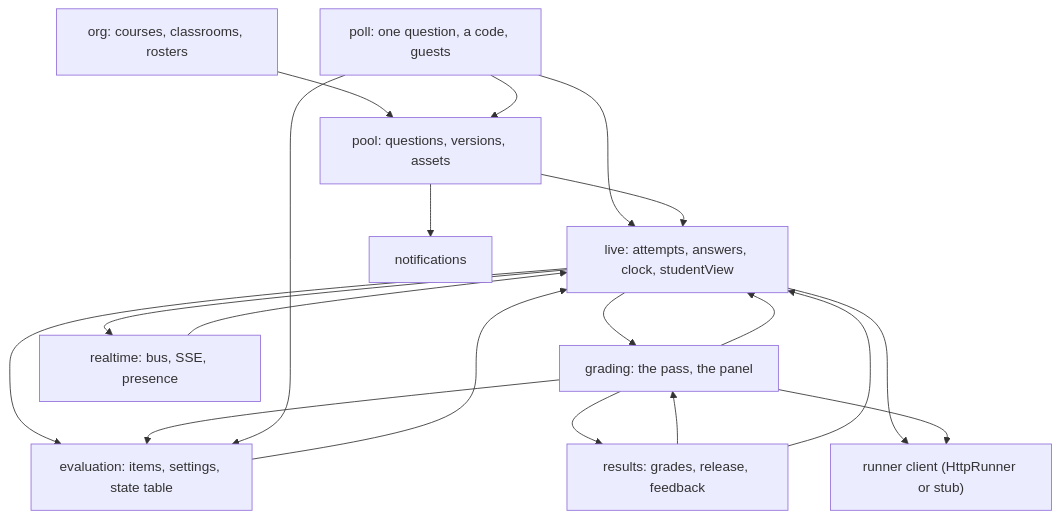
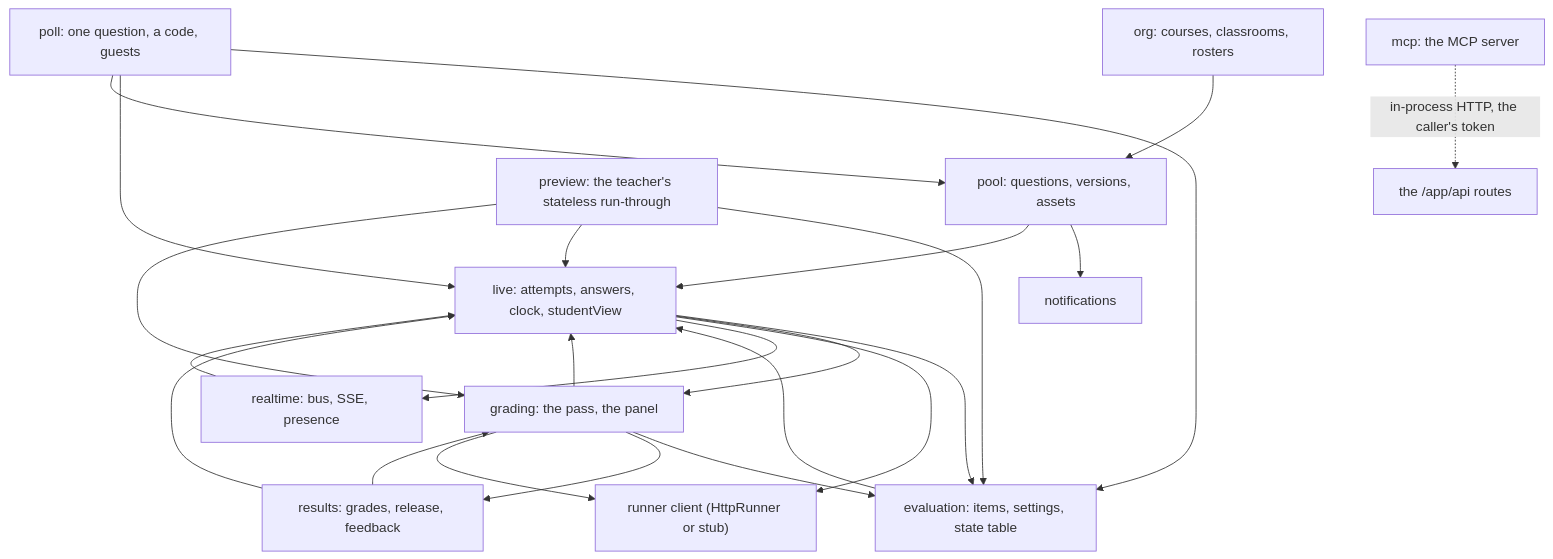
Before and after one commit to heig-tin-info/heig-quiz: the third of 8 diagrams in docs/development/architecture.md, drawn with Mermaid. The commit also changed other lines of this file and 56 other files, not shown here.

````diff
--- a/docs/development/architecture.md
+++ b/docs/development/architecture.md
@@ -110,31 +117,38 @@
 ```mermaid
 flowchart TB
   ORG["org: courses, classrooms, rosters"]
   POOL["pool: questions, versions, assets"]
   EVAL["evaluation: items, settings, state table"]
   LIVE["live: attempts, answers, clock, studentView"]
   GRADING["grading: the pass, the panel"]
   RESULTS["results: grades, release, feedback"]
   POLL["poll: one question, a code, guests"]
   NOTIF["notifications"]
   RT["realtime: bus, SSE, presence"]
   RUNNERC["runner client (HttpRunner or stub)"]
+  PREVIEW["preview: the teacher's stateless run-through"]
+  MCP["mcp: the MCP server"]
+  ROUTES["the /app/api routes"]
   ORG --> POOL
   EVAL --> LIVE
   LIVE --> EVAL
   LIVE --> GRADING
   LIVE --> RUNNERC
   GRADING --> EVAL
   GRADING --> LIVE
   GRADING --> RESULTS
   GRADING --> RUNNERC
   RESULTS --> GRADING
   RESULTS --> LIVE
   POLL --> EVAL
   POLL --> LIVE
   POLL --> POOL
   POOL --> NOTIF
   POOL --> LIVE
   RT --> LIVE
   LIVE --> RT
+  PREVIEW --> EVAL
+  PREVIEW --> LIVE
+  PREVIEW --> GRADING
+  MCP -. "in-process HTTP, the caller's token" .-> ROUTES
 ```
````
